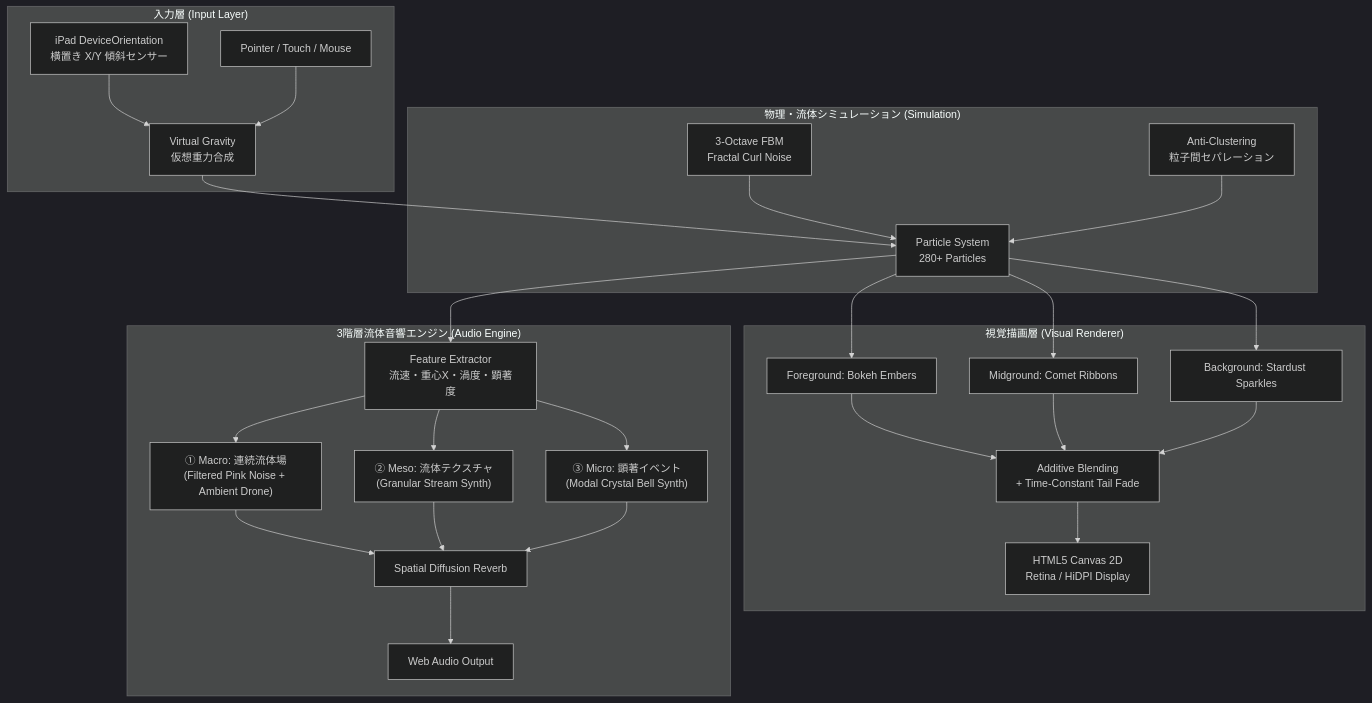
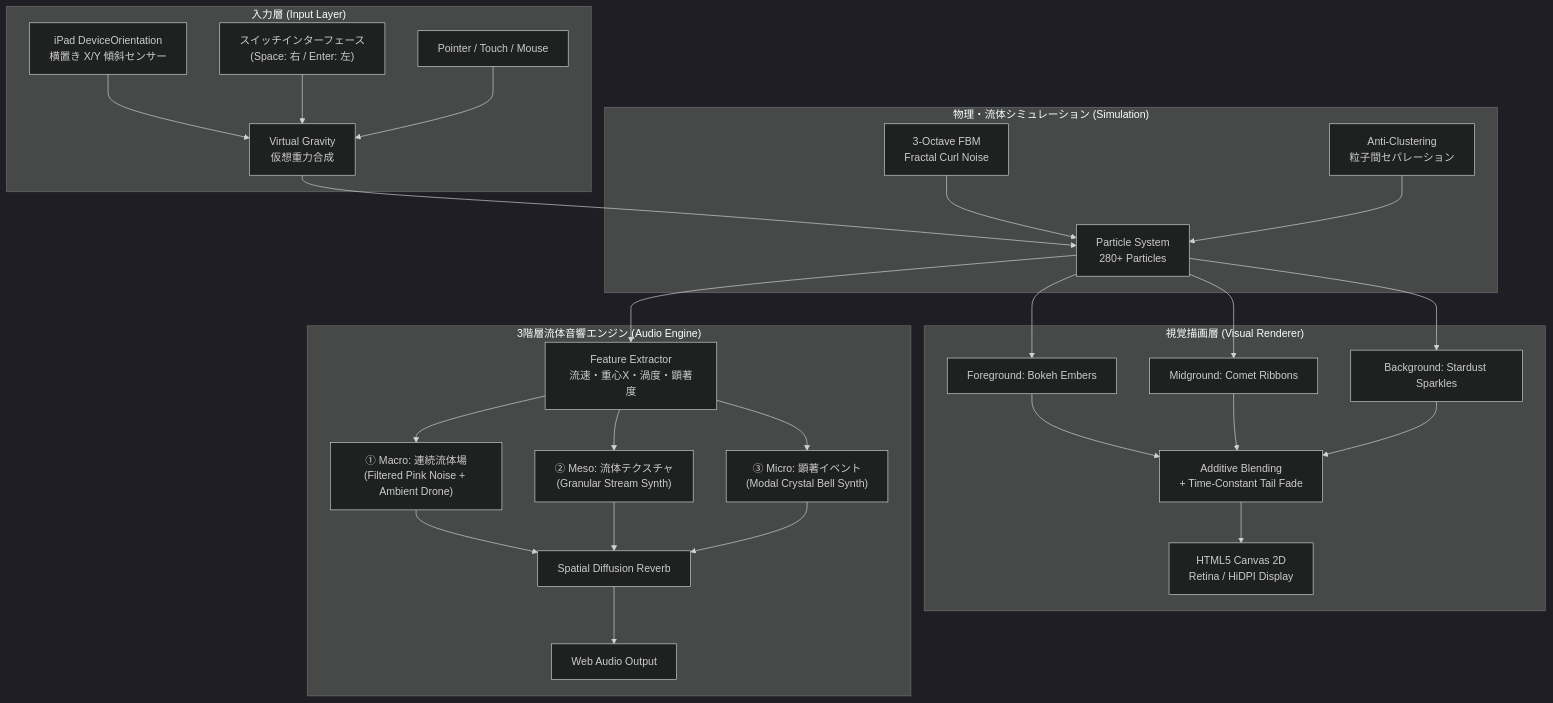
Before and after one commit to YamaguchiToshi/lightandsound: the diagram in DOCUMENTATION.md, drawn with Mermaid (dark theme). The commit also changed other lines of this file and 2 other files, not shown here.

Commit message:
feat: add assistive switch interface support (Space=Right, Enter=Left)

````diff
--- a/DOCUMENTATION.md
+++ b/DOCUMENTATION.md
@@ -21,30 +21,31 @@
 ```mermaid
 flowchart TD
     subgraph Input["入力層 (Input Layer)"]
         T[iPad DeviceOrientation<br/>横置き X/Y 傾斜センサー] --> VG[Virtual Gravity<br/>仮想重力合成]
+        SW["スイッチインターフェース<br/>(Space: 右 / Enter: 左)"] --> VG
         P[Pointer / Touch / Mouse] --> VG
     end
 
     subgraph Simulation["物理・流体シミュレーション (Simulation)"]
         VG --> PS[Particle System<br/>280+ Particles]
         FBM[3-Octave FBM<br/>Fractal Curl Noise] --> PS
         SEP[Anti-Clustering<br/>粒子間セパレーション] --> PS
     end
 
     subgraph Visual["視覚描画層 (Visual Renderer)"]
         PS --> L1[Foreground: Bokeh Embers]
         PS --> L2[Midground: Comet Ribbons]
         PS --> L3[Background: Stardust Sparkles]
         L1 & L2 & L3 --> BLEND[Additive Blending<br/>+ Time-Constant Tail Fade]
         BLEND --> CANVAS[HTML5 Canvas 2D<br/>Retina / HiDPI Display]
     end
 
     subgraph Audio["3階層流体音響エンジン (Audio Engine)"]
         PS --> FE[Feature Extractor<br/>流速・重心X・渦度・顕著度]
         FE --> M1["① Macro: 連続流体場<br/>(Filtered Pink Noise + Ambient Drone)"]
         FE --> M2["② Meso: 流体テクスチャ<br/>(Granular Stream Synth)"]
         FE --> M3["③ Micro: 顕著イベント<br/>(Modal Crystal Bell Synth)"]
         M1 & M2 & M3 --> REV[Spatial Diffusion Reverb]
         REV --> DAC[Web Audio Output]
     end
 ```
````
